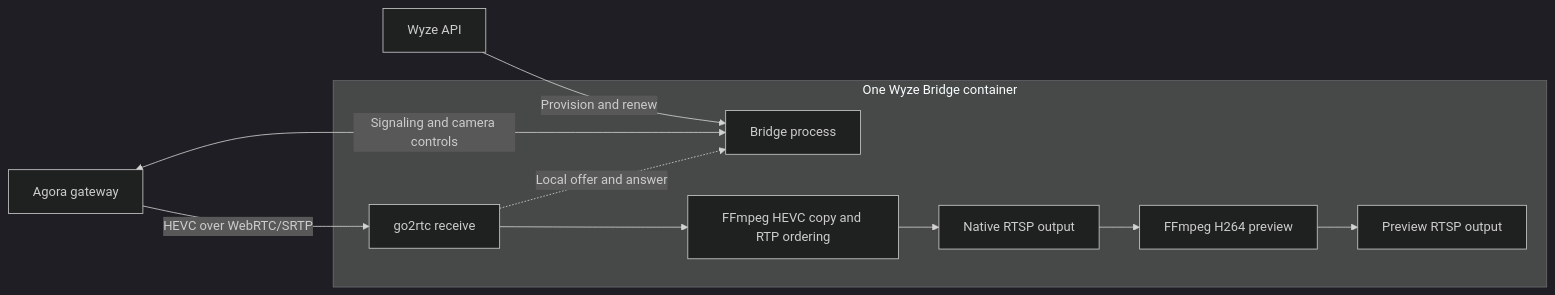
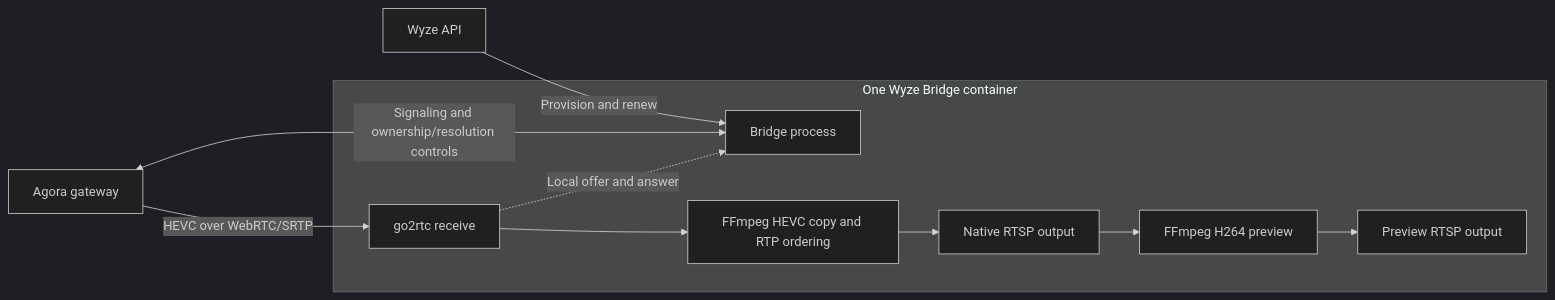
The diagram in DOCS/LAKE_RECEIVER.md (IDisposable/docker-wyze-bridge), drawn with Mermaid (dark theme) before and after one commit. The commit also changed other lines of this file, not shown here.

````diff
--- a/DOCS/LAKE_RECEIVER.md
+++ b/DOCS/LAKE_RECEIVER.md
@@ -23,16 +23,16 @@
 ```mermaid
 flowchart LR
     API[Wyze API] -->|Provision and renew|Bridge
-    Gateway[Agora gateway] <-->|Signaling and camera controls|Bridge
+    Gateway[Agora gateway] <-->|Signaling and ownership/resolution controls|Bridge
     Gateway -->|HEVC over WebRTC/SRTP|Receive
     subgraph Container[One Wyze Bridge container]
         Bridge[Bridge process]
         Receive[go2rtc receive]
         Order[FFmpeg HEVC copy and RTP ordering]
         Native[Native RTSP output]
         Encode[FFmpeg H264 preview]
         Preview[Preview RTSP output]
         Receive -.->|Local offer and answer|Bridge
         Receive --> Order --> Native --> Encode --> Preview
     end
 ```
````
